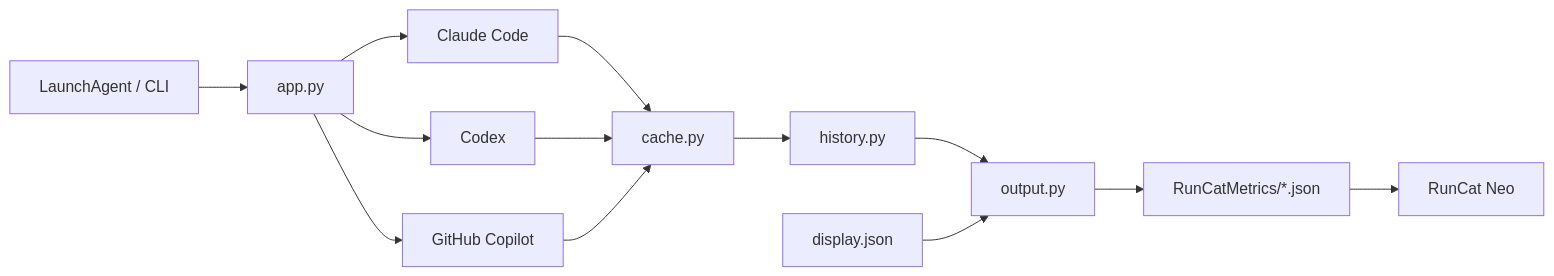
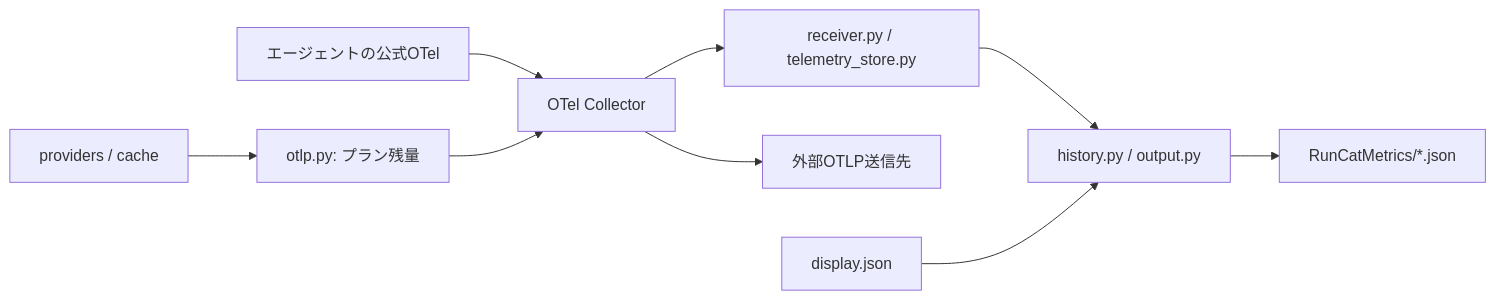
The diagram in docs/development.md (Simo-C3/runcat-ai-usage), drawn with Mermaid before and after one commit. The commit also changed other lines of this file and 32 other files, not shown here.

````diff
--- a/docs/development.md
+++ b/docs/development.md
@@ -8,15 +8,11 @@
 ```mermaid
 flowchart LR
-    A["LaunchAgent / CLI"] --> B["app.py"]
-    B --> C["Claude Code"]
-    B --> D["Codex"]
-    B --> E["GitHub Copilot"]
-    C --> F["cache.py"]
-    D --> F
-    E --> F
-    F --> G["history.py"]
-    G --> H["output.py"]
-    I["display.json"] --> H
-    H --> J["RunCatMetrics/*.json"]
-    J --> K["RunCat Neo"]
+    A[providers / cache] --> B[otlp.py: プラン残量]
+    N[エージェントの公式OTel] --> C[OTel Collector]
+    B --> C
+    C --> D[receiver.py / telemetry_store.py]
+    C --> X[外部OTLP送信先]
+    D --> H[history.py / output.py]
+    I[display.json] --> H
+    H --> J[RunCatMetrics/*.json]
 ```
````
